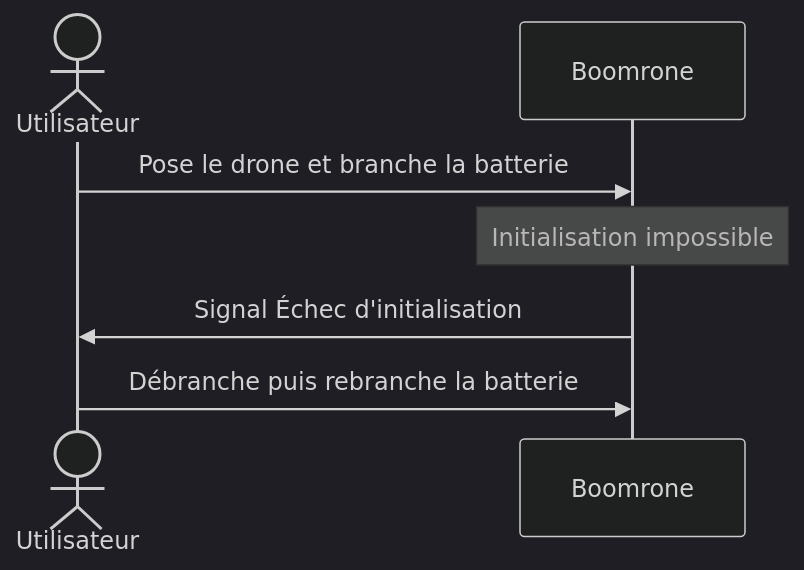
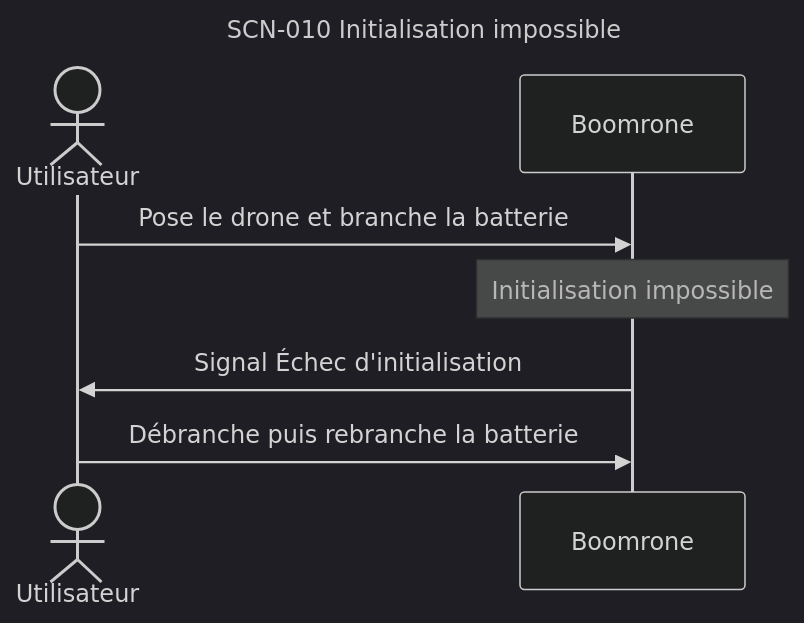
Before and after one commit to thourymatthieu-png/coworker_archi_system: diagram 12 of 13 in projets/boomrone/00-scenarios.md, drawn with Mermaid (dark theme). The commit also changed other lines of this file and 3 other files, not shown here.

````diff
--- a/projets/boomrone/00-scenarios.md
+++ b/projets/boomrone/00-scenarios.md
@@ -330,9 +388,12 @@
 ```mermaid
+---
+title: "SCN-010 Initialisation impossible"
+---
 sequenceDiagram
     actor U as Utilisateur
     participant D as Boomrone
     U->>D: Pose le drone et branche la batterie
     Note over D: Initialisation impossible
     D->>U: Signal Échec d'initialisation
     U->>D: Débranche puis rebranche la batterie
 ```
````
